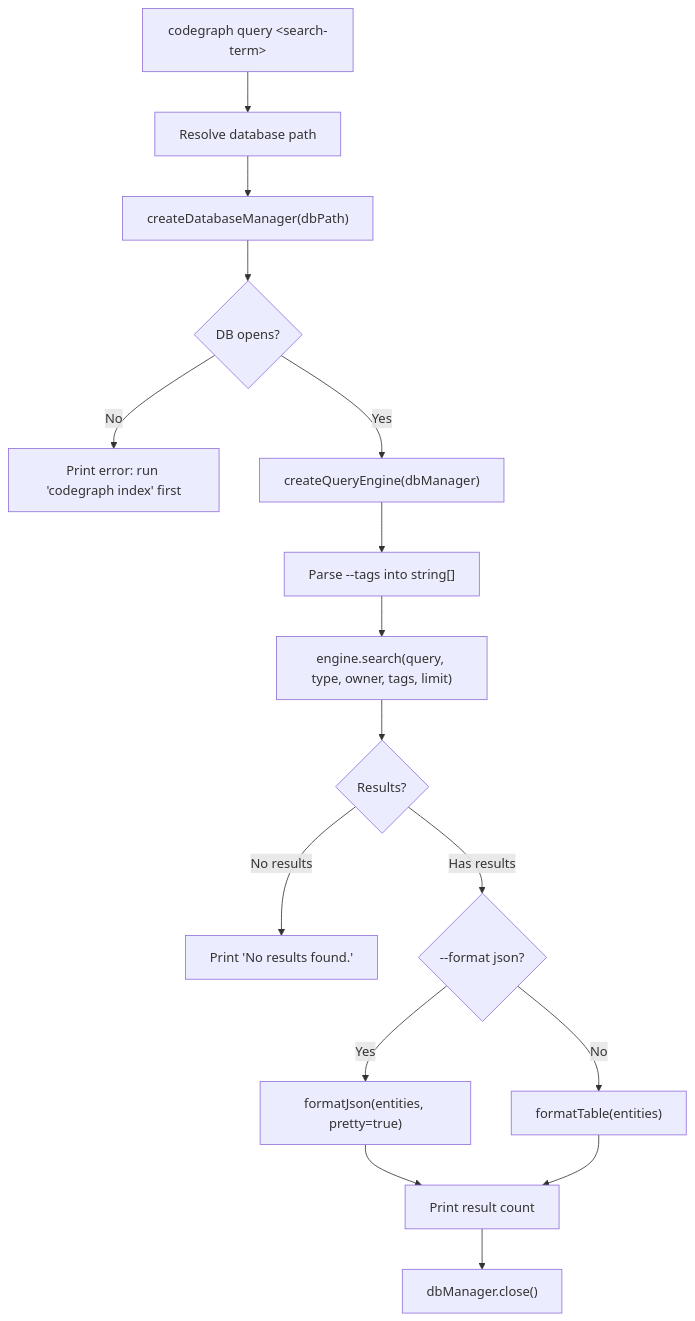
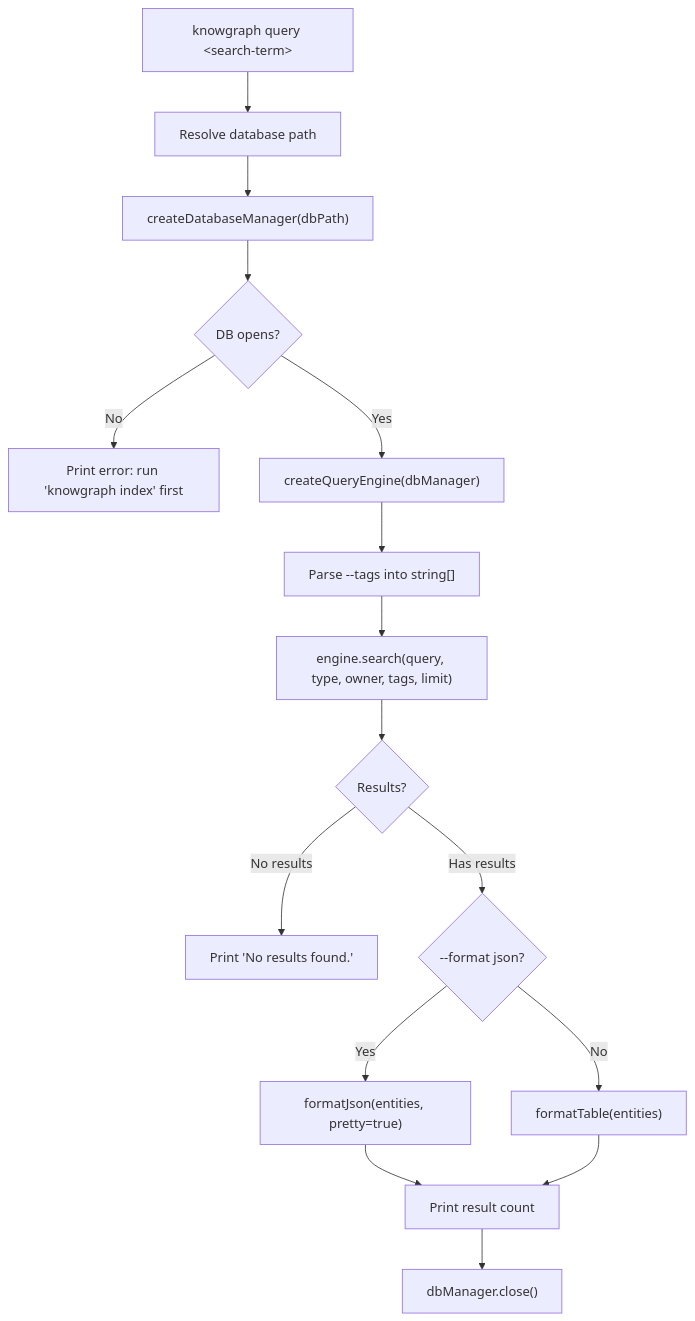
One commit to idosams/know-know changed the fifth of 7 diagrams in docs/cli/README.md. Above: the diagram before and after it, drawn with Mermaid. The commit also changed other lines of this file and 107 other files, not shown here.

First line of the commit message:
refactor: rename codegraph to knowgraph across entire project (#8)

````diff
--- a/docs/cli/README.md
+++ b/docs/cli/README.md
@@ -419,18 +419,18 @@
 ```mermaid
 flowchart TD
-    A["codegraph query &lt;search-term&gt;"] --> B["Resolve database path"]
+    A["knowgraph query &lt;search-term&gt;"] --> B["Resolve database path"]
     B --> C["createDatabaseManager(dbPath)"]
     C --> D{"DB opens?"}
-    D -- "No" --> E["Print error: run 'codegraph index' first"]
+    D -- "No" --> E["Print error: run 'knowgraph index' first"]
     D -- "Yes" --> F["createQueryEngine(dbManager)"]
     F --> G["Parse --tags into string[]"]
     G --> H["engine.search(query, type, owner, tags, limit)"]
     H --> I{"Results?"}
     I -- "No results" --> J["Print 'No results found.'"]
     I -- "Has results" --> K{"--format json?"}
     K -- "Yes" --> L["formatJson(entities, pretty=true)"]
     K -- "No" --> M["formatTable(entities)"]
     L --> N["Print result count"]
     M --> N
     N --> O["dbManager.close()"]
 ```
````
